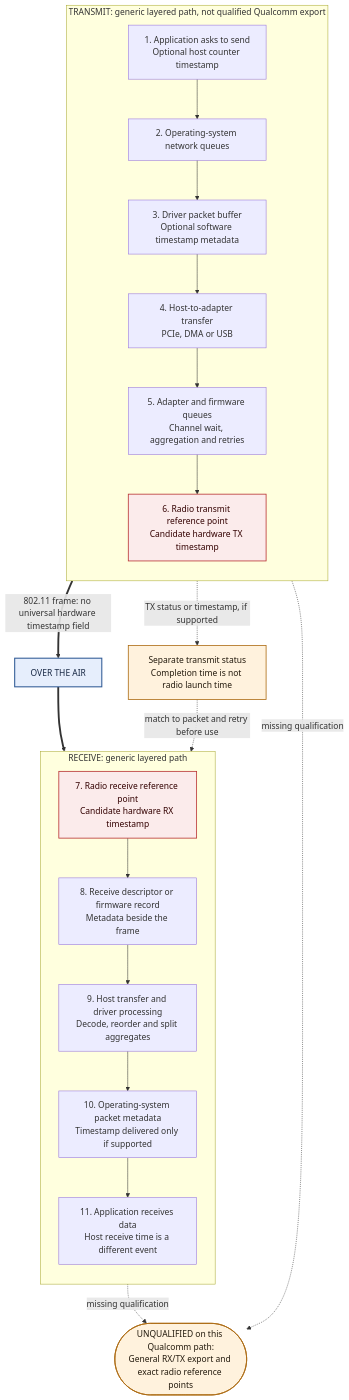
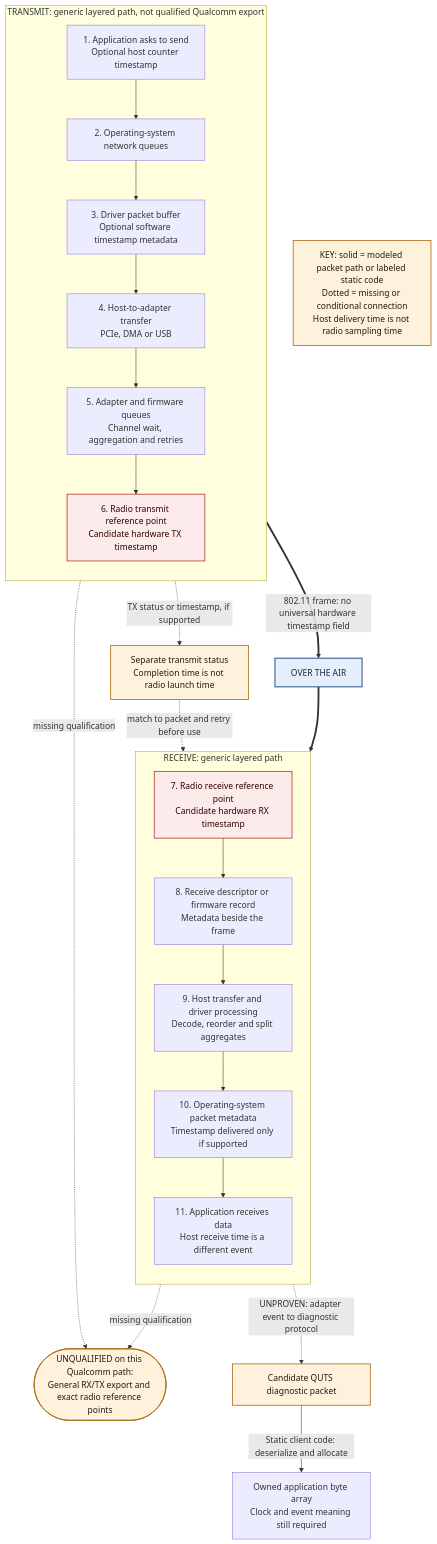
Before and after one commit to Protonmatter/wifi-hardware-time: the first of 5 diagrams in docs/clock-models/packet-to-clock-map.md, drawn with Mermaid. The commit also changed other lines of this file and 123 other files, not shown here.

````diff
--- a/docs/clock-models/packet-to-clock-map.md
+++ b/docs/clock-models/packet-to-clock-map.md
@@ -32,36 +36,39 @@
 ```mermaid
 flowchart TB
   subgraph TX["TRANSMIT: generic layered path, not qualified Qualcomm export"]
     direction TB
     A["1. Application asks to send<br/>Optional host counter timestamp"]
     B["2. Operating-system network queues"]
     C["3. Driver packet buffer<br/>Optional software timestamp metadata"]
     D["4. Host-to-adapter transfer<br/>PCIe, DMA or USB"]
     E["5. Adapter and firmware queues<br/>Channel wait, aggregation and retries"]
     F["6. Radio transmit reference point<br/>Candidate hardware TX timestamp"]
     A --> B --> C --> D --> E --> F
   end
   F ==>|802.11 frame: no universal hardware timestamp field| W["OVER THE AIR"]
   W ==> G
   subgraph RX["RECEIVE: generic layered path"]
     direction TB
     G["7. Radio receive reference point<br/>Candidate hardware RX timestamp"]
     H["8. Receive descriptor or firmware record<br/>Metadata beside the frame"]
     I["9. Host transfer and driver processing<br/>Decode, reorder and split aggregates"]
     J["10. Operating-system packet metadata<br/>Timestamp delivered only if supported"]
     K["11. Application receives data<br/>Host receive time is a different event"]
     G --> H --> I --> J --> K
   end
   L["Separate transmit status<br/>Completion time is not radio launch time"]
   M(["UNQUALIFIED on this Qualcomm path:<br/>General RX/TX export and exact radio reference points"])
   F -. "TX status or timestamp, if supported" .-> L
   L -. "match to packet and retry before use" .-> K
   C -. "missing qualification" .-> M
   H -. "missing qualification" .-> M
+  I -. "UNPROVEN: adapter event to diagnostic protocol" .-> Q["Candidate QUTS diagnostic packet"]
+  Q -->|Static client code: deserialize and allocate| O["Owned application byte array<br/>Clock and event meaning still required"]
+  KEY["KEY: solid = modeled packet path or labeled static code<br/>Dotted = missing or conditional connection<br/>Host delivery time is not radio sampling time"]
   classDef gap fill:#fff2dd,stroke:#ac6b12,stroke-width:1.5px,color:#241b0e;
   classDef air fill:#e6eefc,stroke:#315b96,stroke-width:2px,color:#182844;
   classDef hw fill:#fbebeb,stroke:#b83232,stroke-width:1.5px,color:#300;
-  class M,L gap;
+  class M,L,Q,KEY gap;
   class W air;
   class F,G hw;
 ```
````
